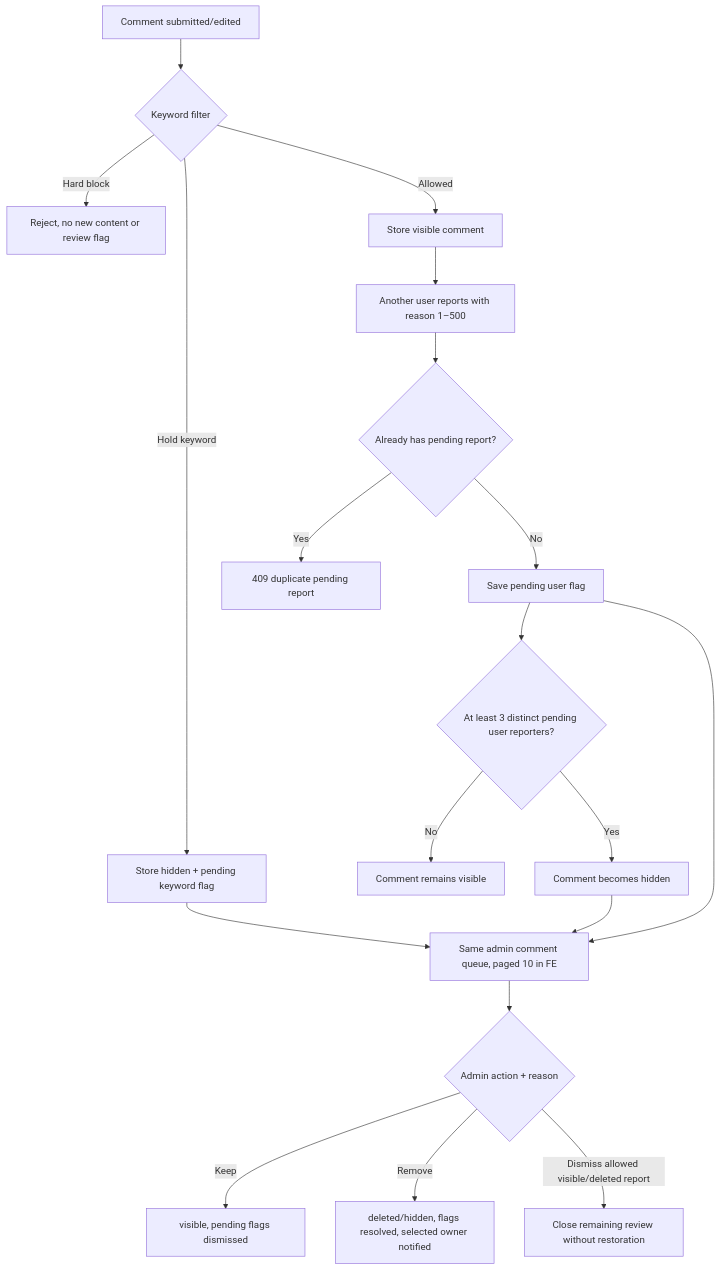
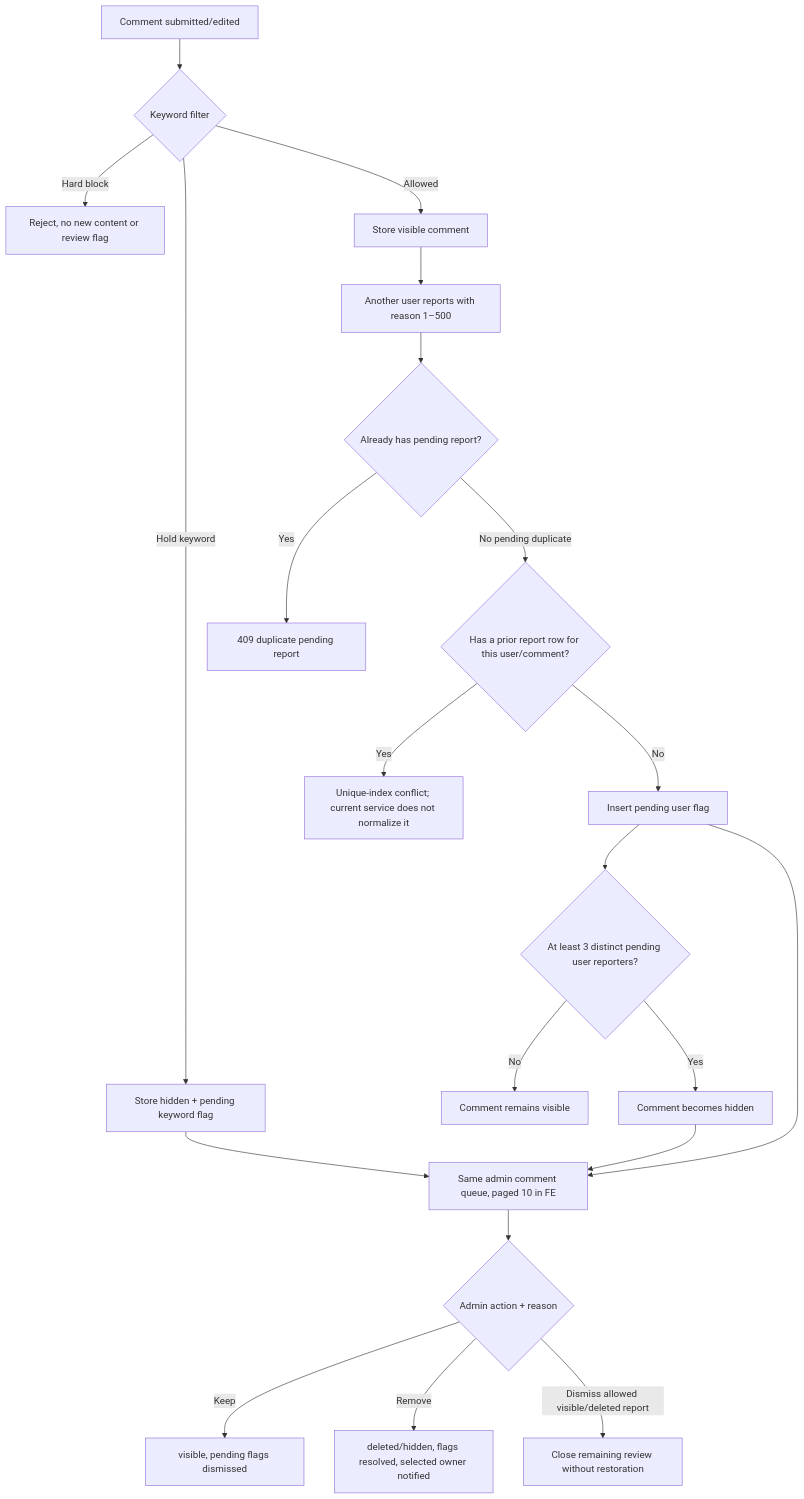
One commit to NguyenQuocTrong-bonmat/frontend-VeganHelperSystem changed diagram 49 of 53 in Design.MD. Above: the diagram before and after it, drawn with Mermaid. The commit also changed other lines of this file, not shown here.

Commit message:
docs: align design with current implementation

````diff
--- a/Design.MD
+++ b/Design.MD
@@ -1943,21 +1928,23 @@
 ```mermaid
 flowchart TD
     A["Comment submitted/edited"] --> K{"Keyword filter"}
     K -->|Hard block| R["Reject, no new content or review flag"]
     K -->|Hold keyword| H["Store hidden + pending keyword flag"]
     K -->|Allowed| V["Store visible comment"]
     V --> U["Another user reports with reason 1–500"]
     U --> P{"Already has pending report?"}
     P -->|Yes| C["409 duplicate pending report"]
-    P -->|No| S["Save pending user flag"]
+    P -->|No pending duplicate| UQ{"Has a prior report row for this user/comment?"}
+    UQ -->|Yes| DB["Unique-index conflict; current service does not normalize it"]
+    UQ -->|No| S["Insert pending user flag"]
     S --> N{"At least 3 distinct pending user reporters?"}
     N -->|No| O["Comment remains visible"]
     N -->|Yes| Q["Comment becomes hidden"]
     H --> ADMIN["Same admin comment queue, paged 10 in FE"]
     S --> ADMIN
     Q --> ADMIN
     ADMIN --> DEC{"Admin action + reason"}
     DEC -->|Keep| KEEP["visible, pending flags dismissed"]
     DEC -->|Remove| DEL["deleted/hidden, flags resolved, selected owner notified"]
     DEC -->|Dismiss allowed visible/deleted report| DIS["Close remaining review without restoration"]
 ```
````
